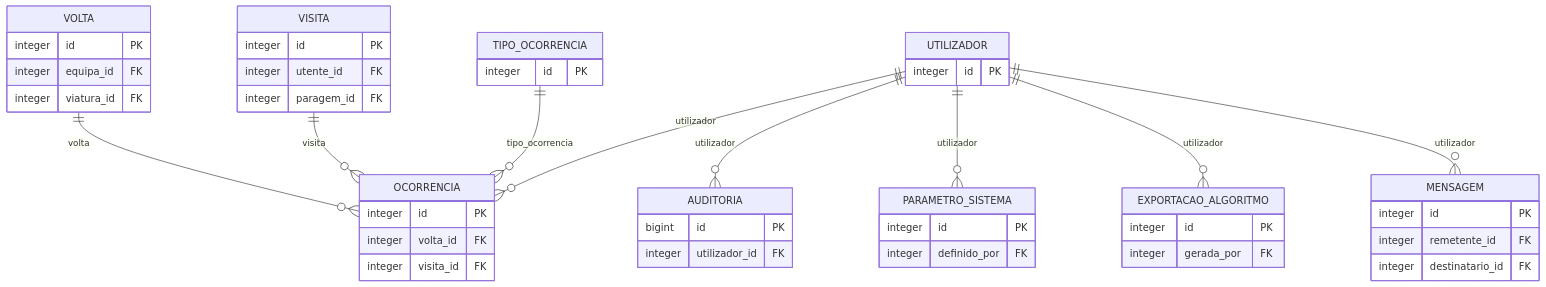
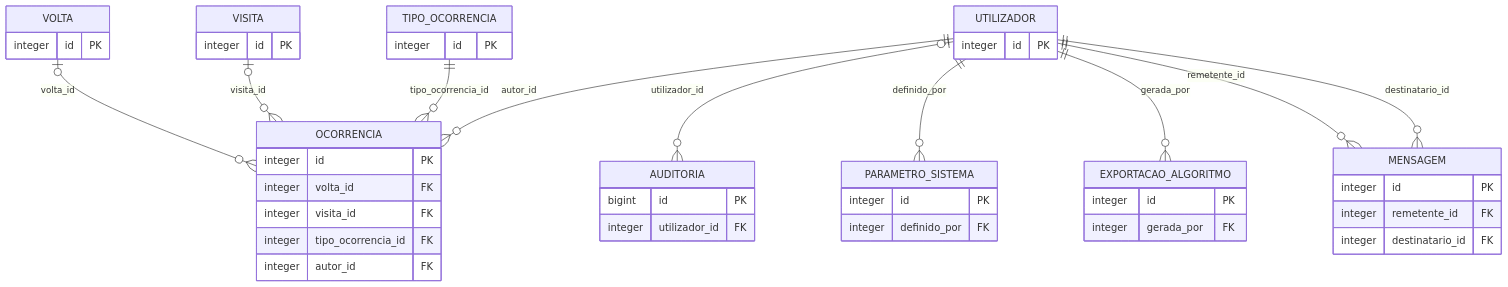
Diagram 11 of 11 in docs/modelo-dados.md (SalomaoCunha/ulsba-projeto-final), drawn with Mermaid before and after one commit. The commit also changed other lines of this file and 1 other file, not shown here.

````diff
--- a/docs/modelo-dados.md
+++ b/docs/modelo-dados.md
@@ -1023,49 +1027,48 @@
 ```mermaid
 erDiagram
     VOLTA {
         integer id PK
-        integer equipa_id FK
-        integer viatura_id FK
     }
     VISITA {
         integer id PK
-        integer utente_id FK
-        integer paragem_id FK
     }
     TIPO_OCORRENCIA {
         integer id PK
     }
     OCORRENCIA {
         integer id PK
         integer volta_id FK
         integer visita_id FK
+        integer tipo_ocorrencia_id FK
+        integer autor_id FK
     }
     UTILIZADOR {
         integer id PK
     }
     AUDITORIA {
         bigint id PK
         integer utilizador_id FK
     }
     PARAMETRO_SISTEMA {
         integer id PK
         integer definido_por FK
     }
     EXPORTACAO_ALGORITMO {
         integer id PK
         integer gerada_por FK
     }
     MENSAGEM {
         integer id PK
         integer remetente_id FK
         integer destinatario_id FK
     }
-    VOLTA ||--o{ OCORRENCIA : "volta"
-    VISITA ||--o{ OCORRENCIA : "visita"
-    TIPO_OCORRENCIA ||--o{ OCORRENCIA : "tipo_ocorrencia"
-    UTILIZADOR ||--o{ OCORRENCIA : "utilizador"
-    UTILIZADOR ||--o{ AUDITORIA : "utilizador"
-    UTILIZADOR ||--o{ PARAMETRO_SISTEMA : "utilizador"
-    UTILIZADOR ||--o{ EXPORTACAO_ALGORITMO : "utilizador"
-    UTILIZADOR ||--o{ MENSAGEM : "utilizador"
+    VOLTA o|--o{ OCORRENCIA : "volta_id"
+    VISITA o|--o{ OCORRENCIA : "visita_id"
+    TIPO_OCORRENCIA ||--o{ OCORRENCIA : "tipo_ocorrencia_id"
+    UTILIZADOR ||--o{ OCORRENCIA : "autor_id"
+    UTILIZADOR o|--o{ AUDITORIA : "utilizador_id"
+    UTILIZADOR ||--o{ PARAMETRO_SISTEMA : "definido_por"
+    UTILIZADOR ||--o{ EXPORTACAO_ALGORITMO : "gerada_por"
+    UTILIZADOR ||--o{ MENSAGEM : "remetente_id"
+    UTILIZADOR ||--o{ MENSAGEM : "destinatario_id"
 ```
````
